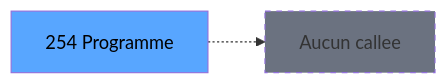
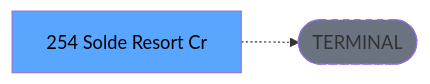
One commit to thonyAGP/lecteur-magic changed the third of 3 diagrams in .openspec/specs/ADH-IDE-254.md. Above: the diagram before and after it, drawn with Mermaid. The commit also changed other lines of this file and 701 other files, not shown here.

````diff
--- a/.openspec/specs/ADH-IDE-254.md
+++ b/.openspec/specs/ADH-IDE-254.md
@@ -145,8 +134,8 @@
 ```mermaid
 graph LR
-    T[254 Programme]
-    NONE[Aucun callee]
-    T -.-> NONE
+    T[254 Solde Resort Cr]
+    TERM([TERMINAL])
+    T -.-> TERM
+    style TERM fill:#6b7280,stroke-dasharray: 5 5
     style T fill:#58a6ff,color:#000
-    style NONE fill:#6b7280,stroke-dasharray: 5 5
 ```
````
